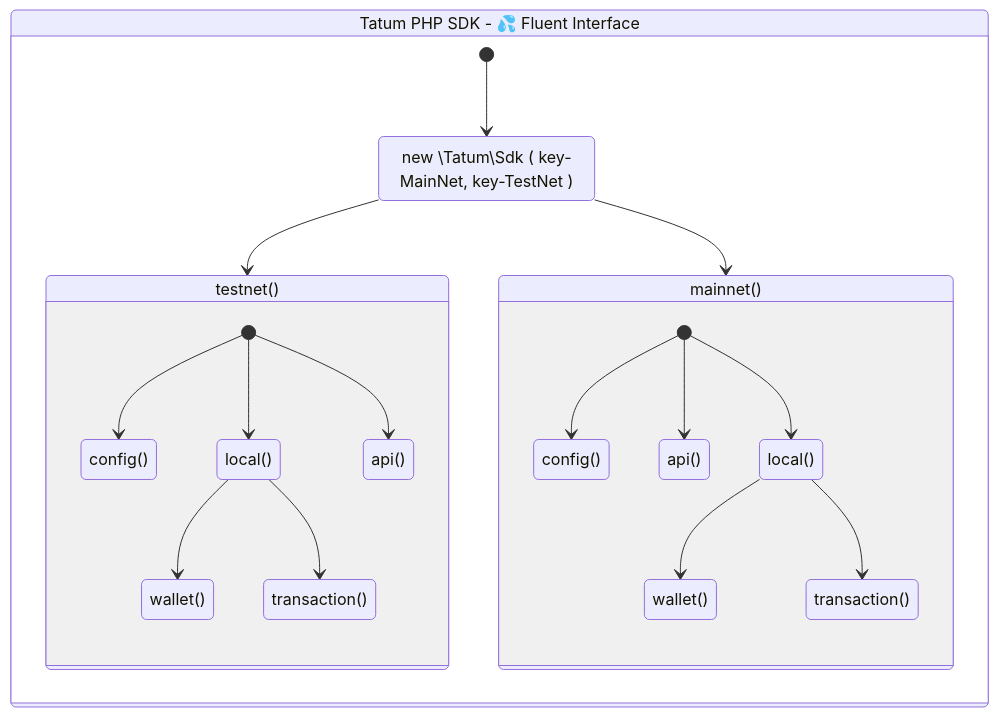
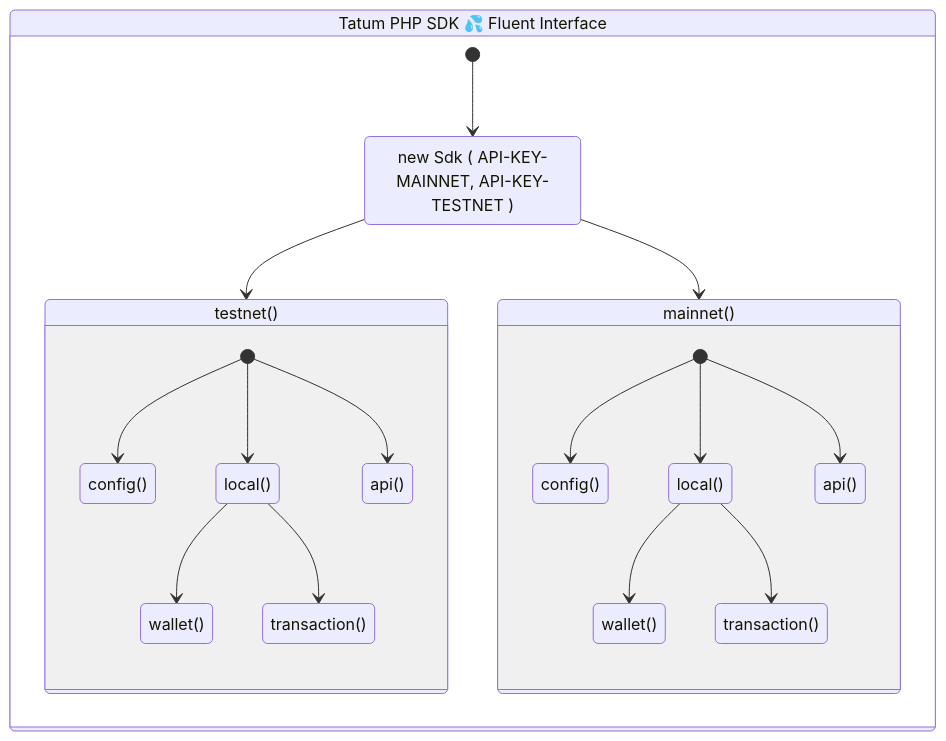
One commit to tatumio/tatum-php changed the diagram in docs/index.md. Above: the diagram before and after it, drawn with Mermaid. The commit also changed 3 other files, not shown here.

````diff
--- a/docs/index.md
+++ b/docs/index.md
@@ -25,34 +25,33 @@
 ```mermaid
 stateDiagram-v2
-    label: Tatum PHP SDK - 💦 Fluent Interface
+    label: Tatum PHP SDK 💦 Fluent Interface
 
     state label {
-        sdk: new \Tatum\Sdk ( key-MainNet, key-TestNet )
+        sdk: new Sdk ( API-KEY-MAINNET, API-KEY-TESTNET )
         [*] --> sdk
         sdk --> testnet()
         sdk --> mainnet()
 
         state testnet() {
             [*] --> config()
             [*] --> local()
             [*] --> api()
-            
             local() --> wallet()
             local() --> transaction()
         }
 
         state mainnet() {
             mConfig(): config()
             mLocal(): local()
             mApi(): api()
             mWallet(): wallet()
             mTransaction(): transaction()
 
+            [*] --> mConfig()
+            [*] --> mLocal()
             [*] --> mApi()
-            [*] --> mLocal()
-            [*] --> mConfig()
             mLocal() --> mWallet()
             mLocal() --> mTransaction()
         }
     }
 ```
````
